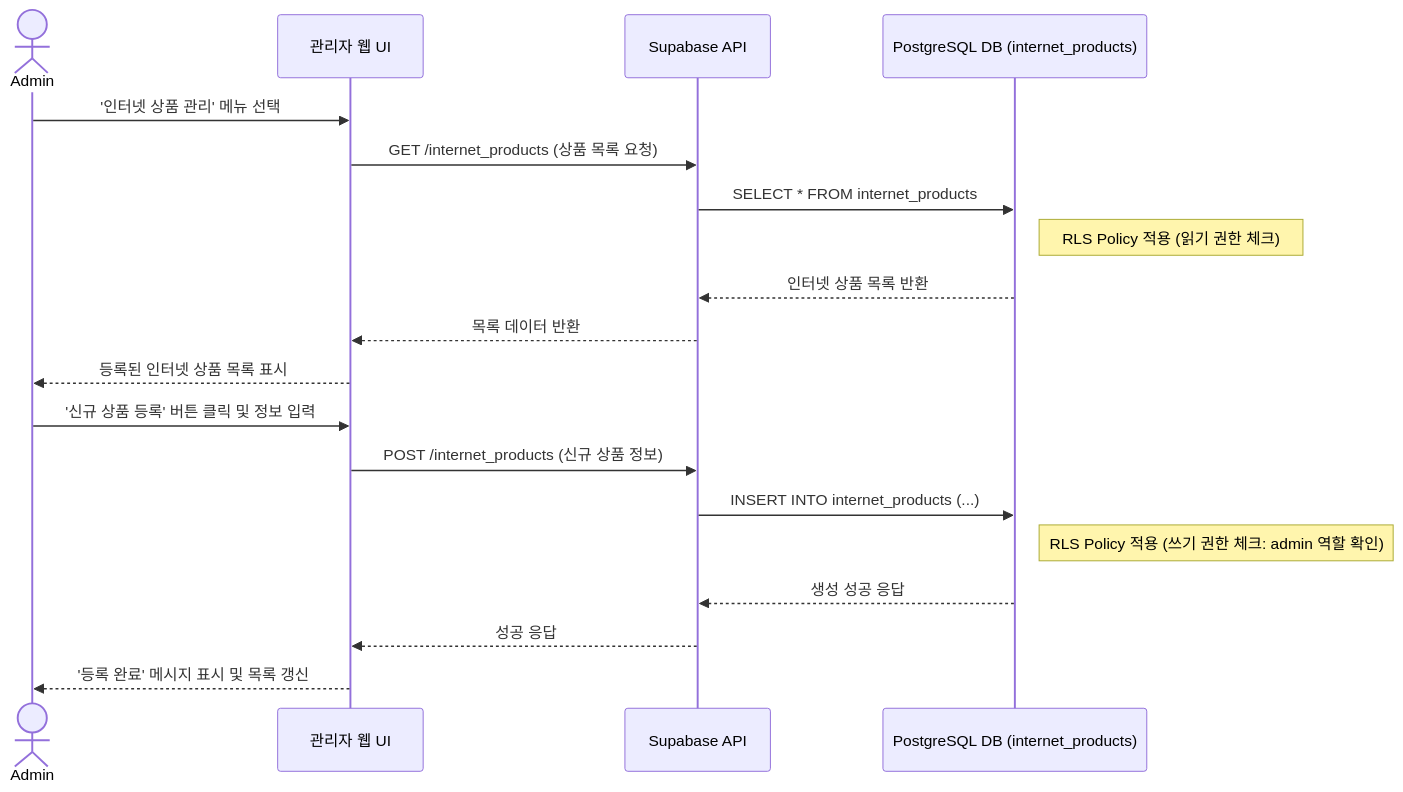
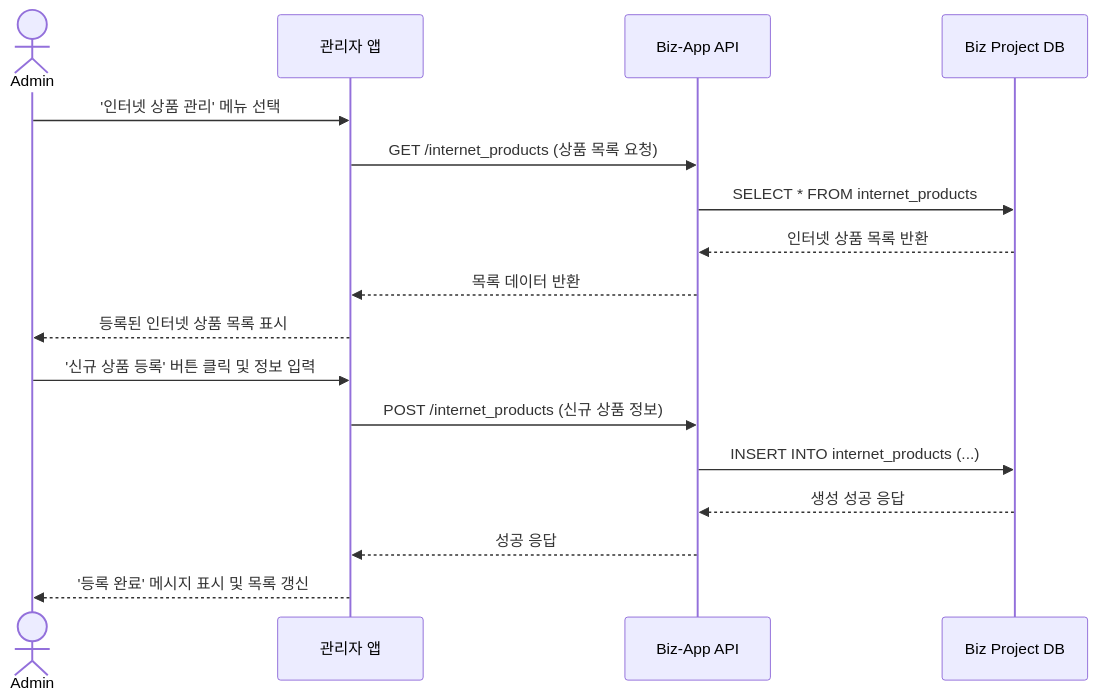
Before and after one commit to bbaggome/somang: the diagram in somang_documents/somang_documents/기능/FE-ADM-050.md, drawn with Mermaid. The commit also changed other lines of this file and 309 other files, not shown here.

````diff
--- a/somang_documents/somang_documents/기능/FE-ADM-050.md
+++ b/somang_documents/somang_documents/기능/FE-ADM-050.md
@@ -21,23 +18,21 @@
 ```mermaid
 sequenceDiagram
     actor Admin
-    participant AdminUI as 관리자 웹 UI
-    participant SupabaseAPI as Supabase API
-    participant DB as PostgreSQL DB (internet_products)
+    participant AdminApp as 관리자 앱
+    participant BizAPI as Biz-App API
+    participant BizDB as Biz Project DB
 
-    Admin->>AdminUI: '인터넷 상품 관리' 메뉴 선택
-    AdminUI->>SupabaseAPI: GET /internet_products (상품 목록 요청)
-    SupabaseAPI->>DB: SELECT * FROM internet_products;
-    Note right of DB: RLS Policy 적용 (읽기 권한 체크)
-    DB-->>SupabaseAPI: 인터넷 상품 목록 반환
-    SupabaseAPI-->>AdminUI: 목록 데이터 반환
-    AdminUI-->>Admin: 등록된 인터넷 상품 목록 표시
+    Admin->>AdminApp: '인터넷 상품 관리' 메뉴 선택
+    AdminApp->>BizAPI: GET /internet_products (상품 목록 요청)
+    BizAPI->>BizDB: SELECT * FROM internet_products;
+    BizDB-->>BizAPI: 인터넷 상품 목록 반환
+    BizAPI-->>AdminApp: 목록 데이터 반환
+    AdminApp-->>Admin: 등록된 인터넷 상품 목록 표시
 
-    Admin->>AdminUI: '신규 상품 등록' 버튼 클릭 및 정보 입력
-    AdminUI->>SupabaseAPI: POST /internet_products (신규 상품 정보)
-    SupabaseAPI->>DB: INSERT INTO internet_products (...);
-    Note right of DB: RLS Policy 적용 (쓰기 권한 체크: admin 역할 확인)
-    DB-->>SupabaseAPI: 생성 성공 응답
-    SupabaseAPI-->>AdminUI: 성공 응답
-    AdminUI-->>Admin: '등록 완료' 메시지 표시 및 목록 갱신
+    Admin->>AdminApp: '신규 상품 등록' 버튼 클릭 및 정보 입력
+    AdminApp->>BizAPI: POST /internet_products (신규 상품 정보)
+    BizAPI->>BizDB: INSERT INTO internet_products (...);
+    BizDB-->>BizAPI: 생성 성공 응답
+    BizAPI-->>AdminApp: 성공 응답
+    AdminApp-->>Admin: '등록 완료' 메시지 표시 및 목록 갱신
 ```
````
